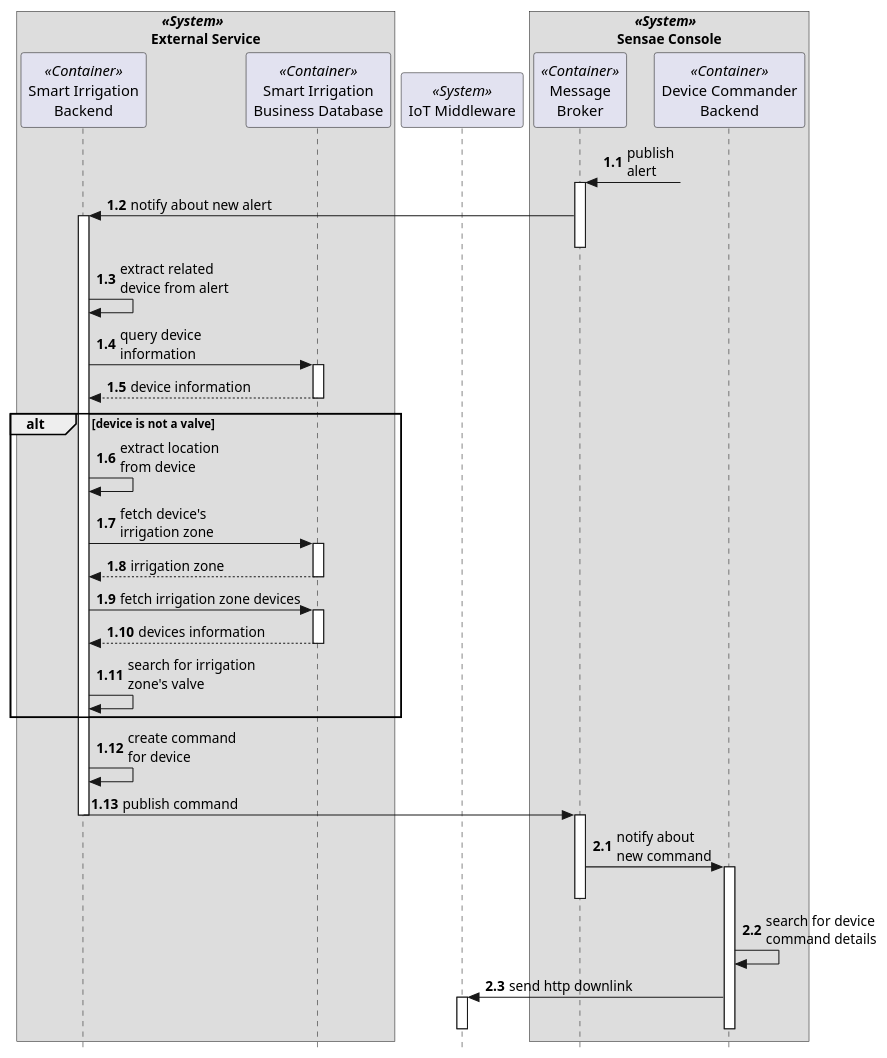
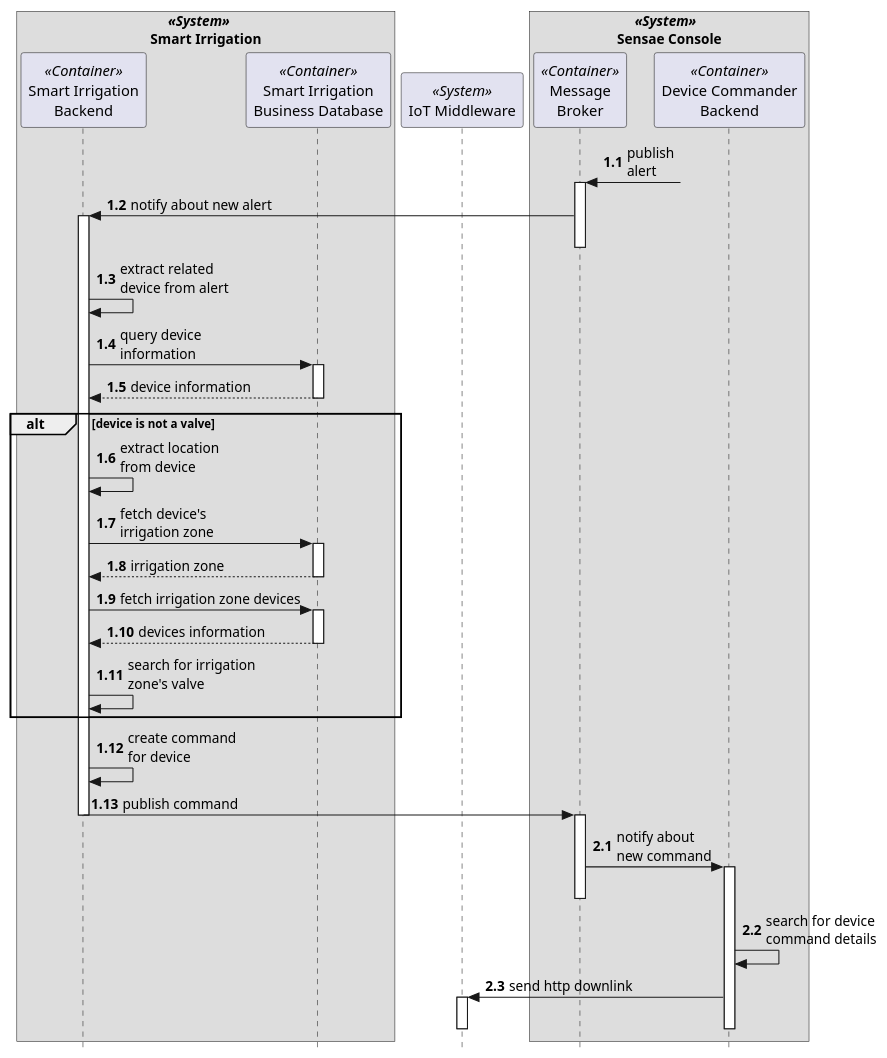
One commit to FilipeMCruz/dissertation changed the diagram in assets/diagrams/design/architectural/level2/process/smart-irrigation.pu. Above: the diagram before and after it, drawn with PlantUML. The commit also changed 264 other files, not shown here.

```diff
--- a/assets/diagrams/design/architectural/level2/process/smart-irrigation.pu
+++ b/assets/diagrams/design/architectural/level2/process/smart-irrigation.pu
@@ -1,52 +1,52 @@
 @startuml smart-irrigation
 
 autonumber 1.1
 
 skinparam style strictuml
 
-box "   //<<System>>//\nExternal Service"
+box "     //<<System>>//\nSmart Irrigation"
 participant "Smart Irrigation\nBackend" as BACK <<Container>>
 participant "Smart Irrigation\nBusiness Database" as DB <<Container>>
 end box
 
 participant "IoT Middleware" as HC <<System>>
 
 box "     //<<System>>//\nSensae Console"
 participant "Message\nBroker" as MB <<Container>>
 participant "Device Commander\nBackend" as COMM <<Container>>
 end box 
 
 MB <-? : publish\nalert
 activate MB
 
 MB -> BACK ++ : notify about new alert
 deactivate MB
 
 BACK -> BACK : extract related\ndevice from alert
 
 BACK -> DB ++ : query device\ninformation
 
 DB --> BACK -- : device information
 
 alt device is not a valve
     BACK -> BACK : extract location\nfrom device
     BACK -> DB ++ : fetch device's\nirrigation zone
     return irrigation zone
     BACK -> DB ++ : fetch irrigation zone devices
     return devices information
     BACK -> BACK : search for irrigation\nzone's valve
 end
 
 BACK -> BACK : create command\nfor device
 BACK -> MB -- : publish command
 activate MB
 
 autonumber inc A
 MB -> COMM ++ : notify about\nnew command
 deactivate MB
 
 COMM -> COMM : search for device\ncommand details
 COMM -> HC ++--: send http downlink
 deactivate HC
 
 @enduml
```
